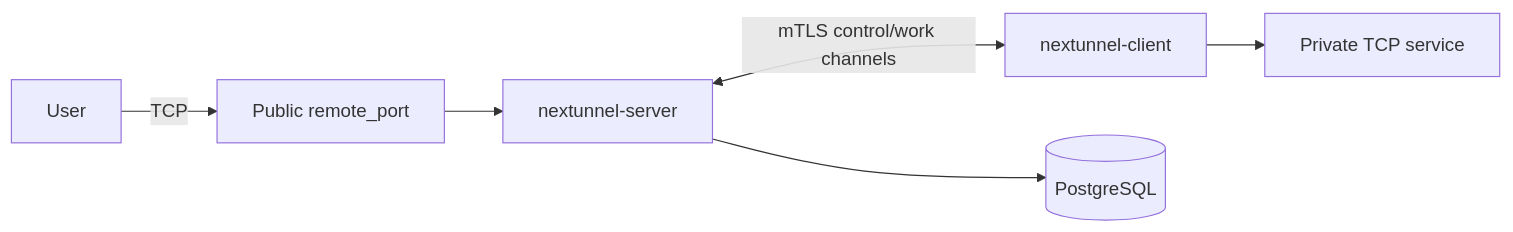
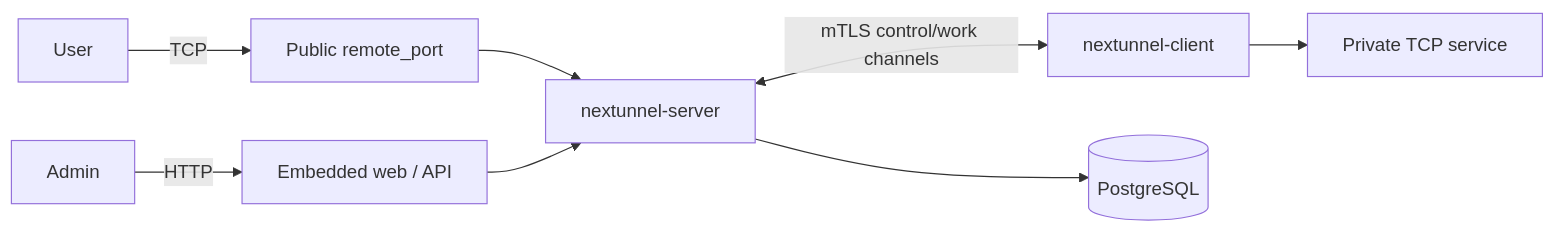
One commit to xiaotiancaipro/nextunnel changed the diagram in README.md. Above: the diagram before and after it, drawn with Mermaid. The commit also changed other lines of this file and 6 other files, not shown here.

````diff
--- a/README.md
+++ b/README.md
@@ -23,8 +23,10 @@
 ```mermaid
 flowchart LR
     User[User] -->|TCP| Port[Public remote_port]
     Port --> Server[nextunnel-server]
     Server <-->|mTLS control/work channels| Client[nextunnel-client]
     Client --> Service[Private TCP service]
     Server --> PG[(PostgreSQL)]
+    Admin[Admin] -->|HTTP| Web[Embedded web / API]
+    Web --> Server
 ```
````
